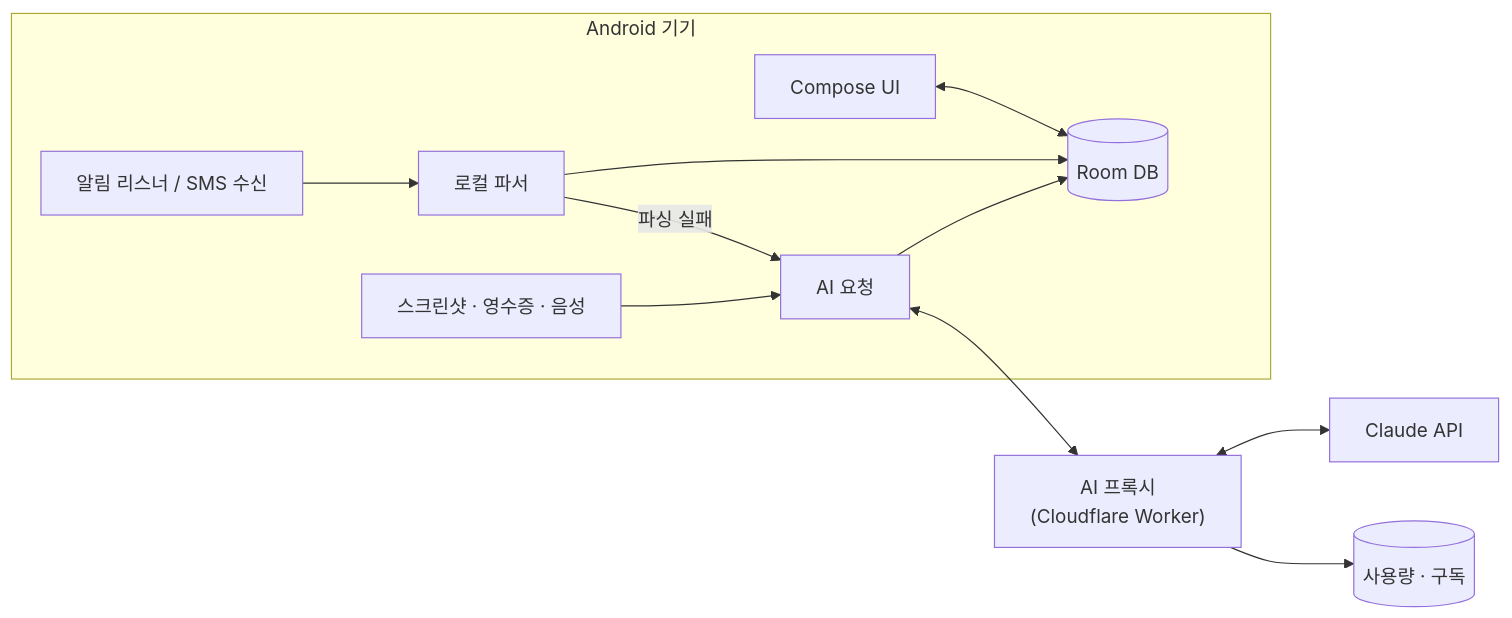
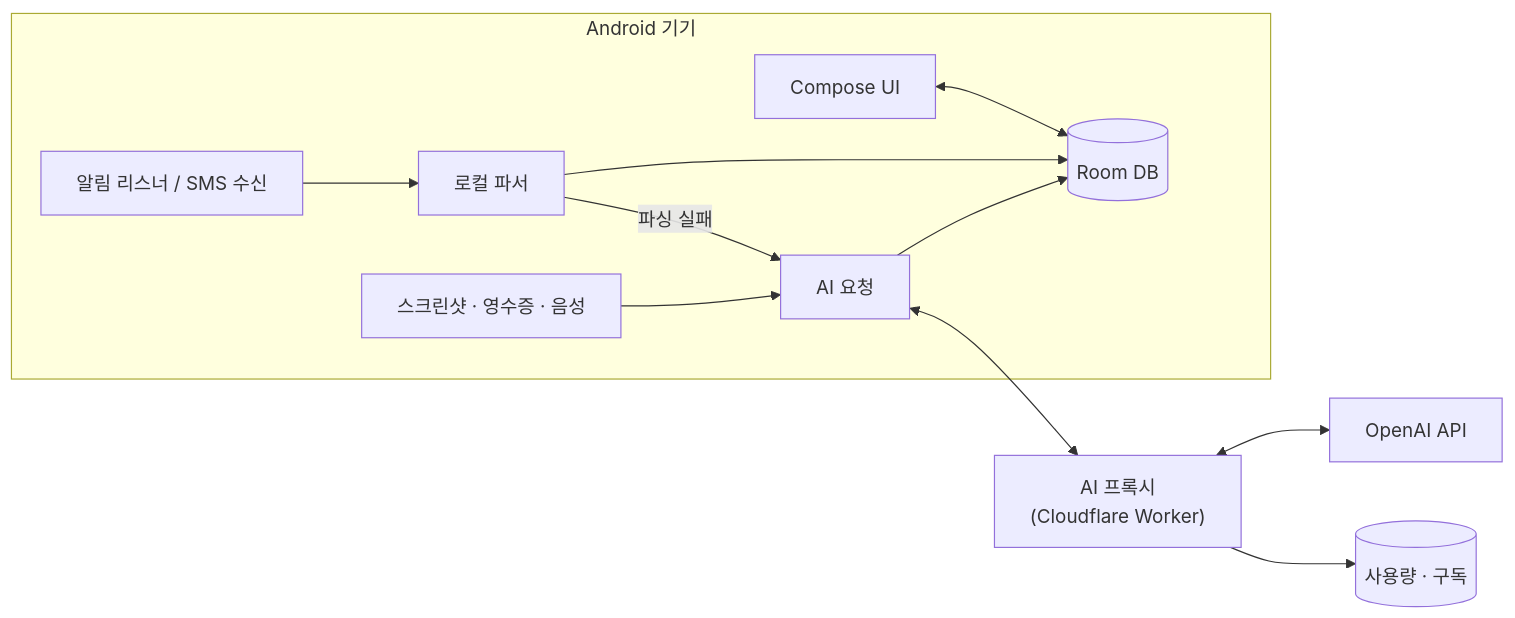
Before and after one commit to full-fish/Pocketlog: the second of 2 diagrams in 기획서.md, drawn with Mermaid. The commit also changed other lines of this file and 7 other files, not shown here.

````diff
--- a/기획서.md
+++ b/기획서.md
@@ -555,14 +555,14 @@
 ```mermaid
 flowchart LR
   subgraph Phone["Android 기기"]
     N["알림 리스너 / SMS 수신"] --> P["로컬 파서"]
     P --> DB[("Room DB")]
     UI["Compose UI"] <--> DB
     S["스크린샷 · 영수증 · 음성"] --> Q["AI 요청"]
     P -- "파싱 실패" --> Q
     Q --> DB
   end
   Q <--> F["AI 프록시<br/>(Cloudflare Worker)"]
-  F <--> C["Claude API"]
+  F <--> C["OpenAI API"]
   F --> U[("사용량 · 구독")]
 ```
````
